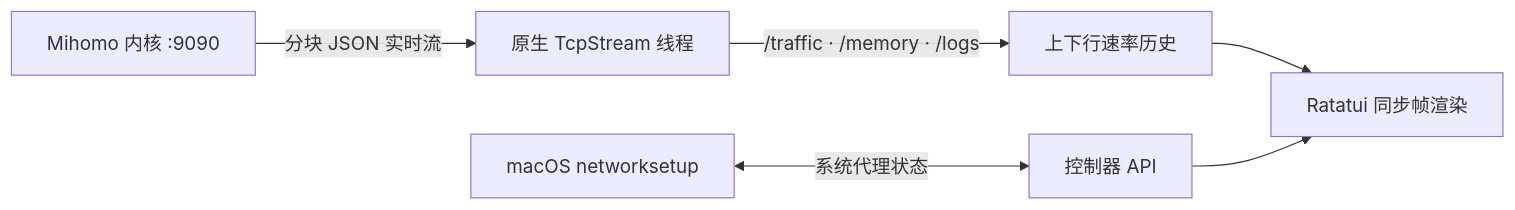
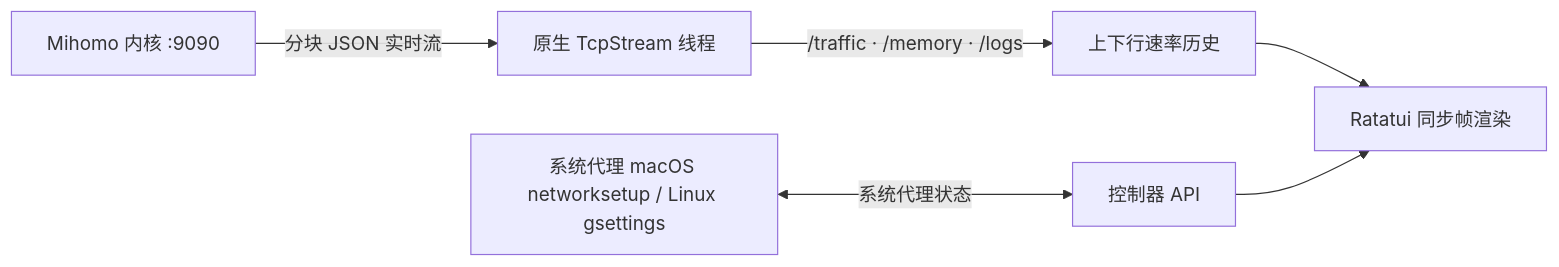
One commit to wormforce/terc changed the diagram in README.md. Above: the diagram before and after it, drawn with Mermaid. The commit also changed other lines of this file and 9 other files, not shown here.

First line of the commit message:
Open on the dashboard and support Linux beside macOS (#2)

````diff
--- a/README.md
+++ b/README.md
@@ -134,8 +138,8 @@
 ```mermaid
 flowchart LR
     A[Mihomo 内核 :9090] -->|分块 JSON 实时流| B[原生 TcpStream 线程]
     B -->|/traffic · /memory · /logs| C[上下行速率历史]
-    D[macOS networksetup] <-->|系统代理状态| E[控制器 API]
+    D[系统代理 macOS networksetup / Linux gsettings] <-->|系统代理状态| E[控制器 API]
     C --> F[Ratatui 同步帧渲染]
     E --> F
 ```
````
